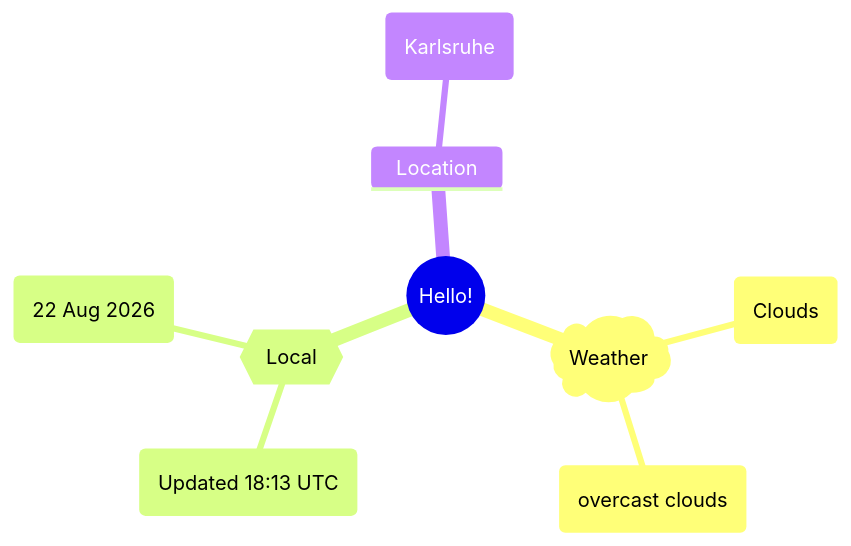
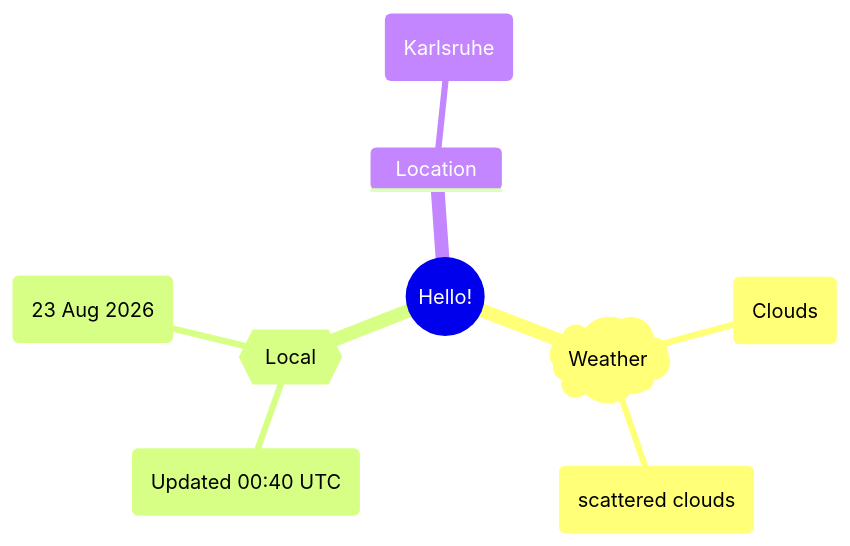
One commit to Xosrov/Xosrov changed the first of 2 diagrams in README.md. Above: the diagram before and after it, drawn with Mermaid.

Commit message:
[bot] updated images

````diff
--- a/README.md
+++ b/README.md
@@ -3,12 +3,12 @@
 ```mermaid
 mindmap
   root((Hello!))
     )Weather(
         (Clouds)
-        (overcast clouds)
+        (scattered clouds)
     {{Local}}
-        (Updated 18:13 UTC)
-        (22 Aug 2026)
+        (Updated 00:40 UTC)
+        (23 Aug 2026)
     Location
         (Karlsruhe)
 ```
````
